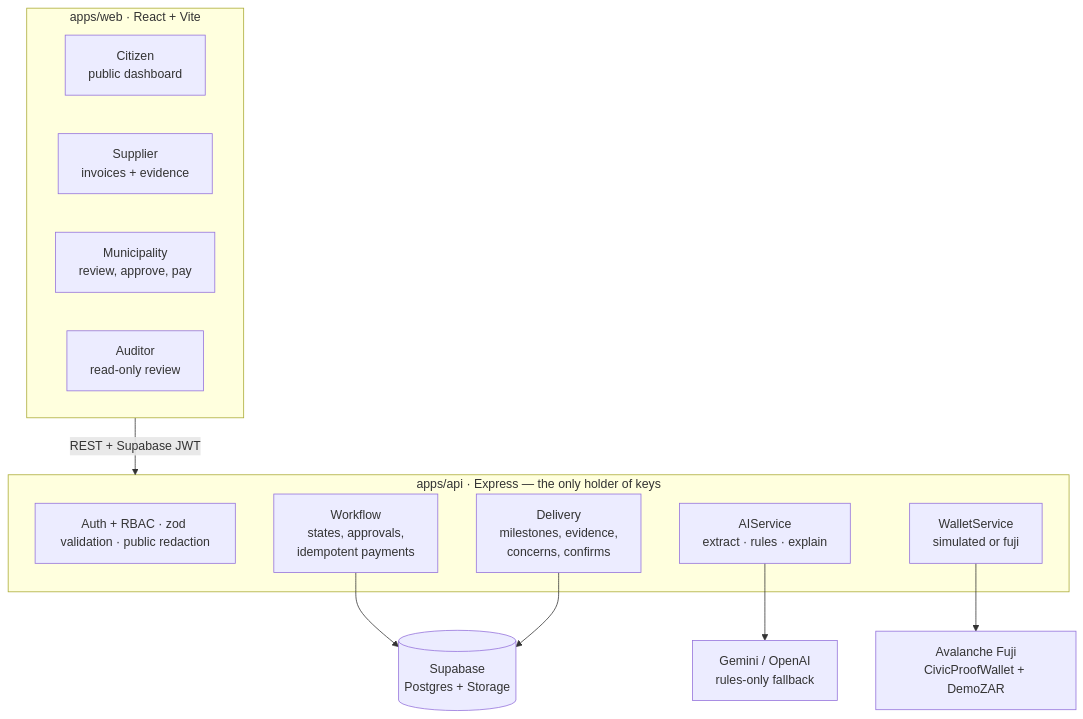
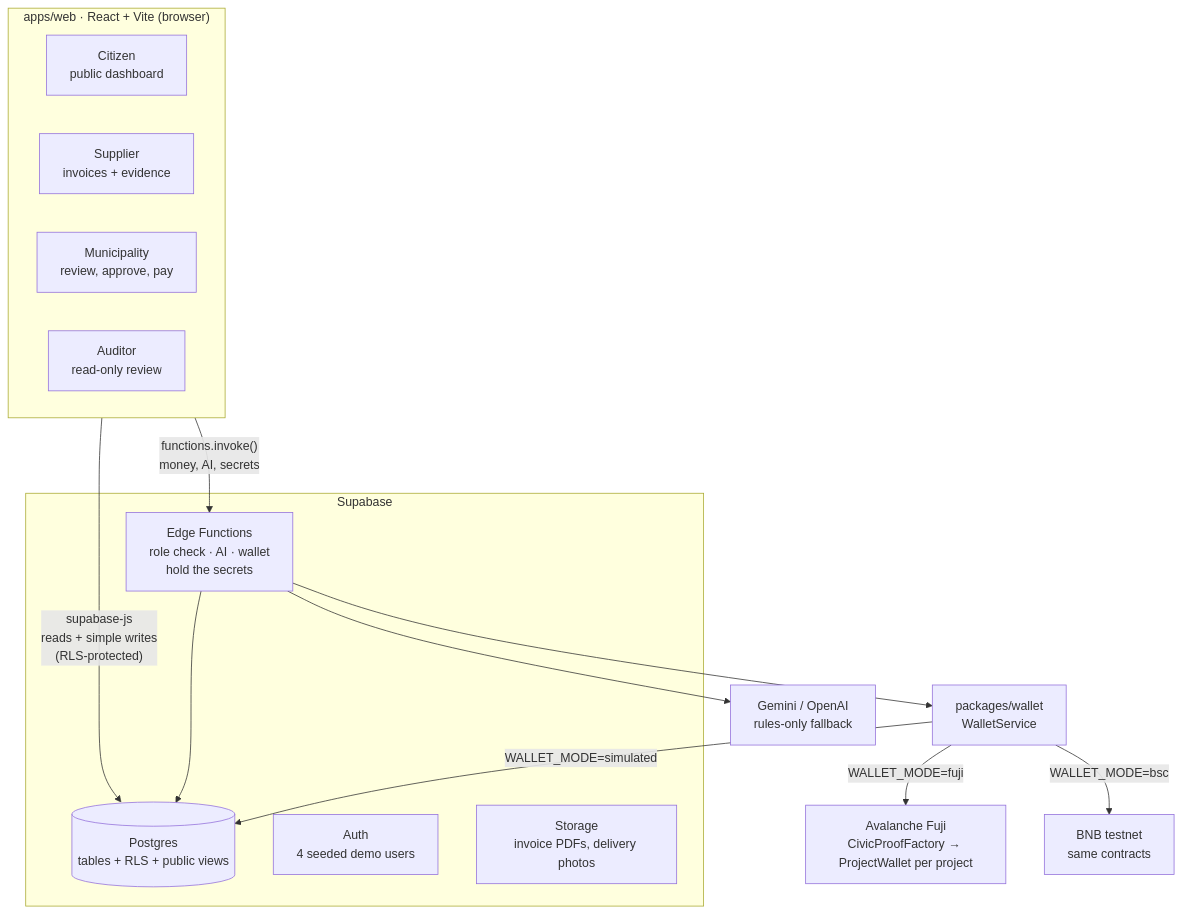
Before and after one commit to Wityd/civic_proof: the first of 2 diagrams in README.md, drawn with Mermaid. The commit also changed other lines of this file, not shown here.

````diff
--- a/README.md
+++ b/README.md
@@ -80,24 +82,26 @@
 ```mermaid
 flowchart TB
-    subgraph web["apps/web · React + Vite"]
+    subgraph web["apps/web · React + Vite (browser)"]
         C[Citizen<br/>public dashboard]
         S[Supplier<br/>invoices + evidence]
         M[Municipality<br/>review, approve, pay]
         A[Auditor<br/>read-only review]
     end
 
-    web -->|REST + Supabase JWT| api
+    web -->|"supabase-js<br/>reads + simple writes<br/>(RLS-protected)"| DB
+    web -->|"functions.invoke()<br/>money, AI, secrets"| EF
 
-    subgraph api["apps/api · Express — the only holder of keys"]
-        G[Auth + RBAC · zod validation · public redaction]
-        W[Workflow<br/>states, approvals,<br/>idempotent payments]
-        D[Delivery<br/>milestones, evidence,<br/>concerns, confirms]
-        AI[AIService<br/>extract · rules · explain]
-        WS[WalletService<br/>simulated or fuji]
+    subgraph supa["Supabase"]
+        AUTH[Auth<br/>4 seeded demo users]
+        DB[(Postgres<br/>tables + RLS + public views)]
+        ST[Storage<br/>invoice PDFs, delivery photos]
+        EF[Edge Functions<br/>role check · AI · wallet<br/>hold the secrets]
     end
 
-    W --> DB[(Supabase<br/>Postgres + Storage)]
-    D --> DB
-    AI --> LLM[Gemini / OpenAI<br/>rules-only fallback]
-    WS --> CHAIN[Avalanche Fuji<br/>CivicProofWallet + DemoZAR]
+    EF --> DB
+    EF --> AI[Gemini / OpenAI<br/>rules-only fallback]
+    EF --> WS[packages/wallet<br/>WalletService]
+    WS -->|WALLET_MODE=simulated| DB
+    WS -->|WALLET_MODE=fuji| FUJI[Avalanche Fuji<br/>CivicProofFactory → ProjectWallet per project]
+    WS -->|WALLET_MODE=bsc| BSC[BNB testnet<br/>same contracts]
 ```
````
